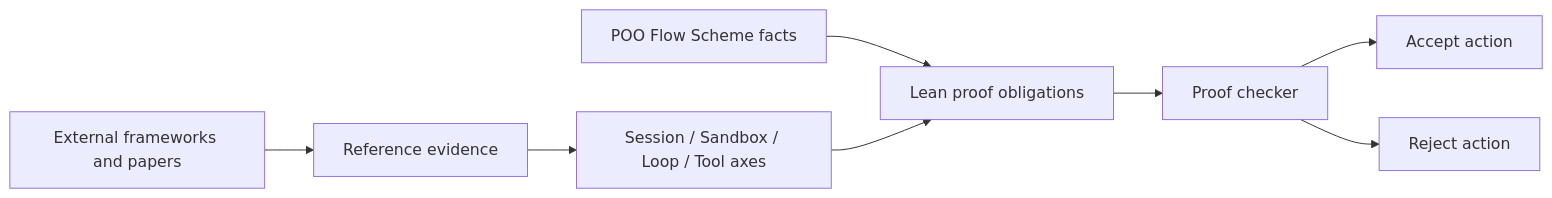
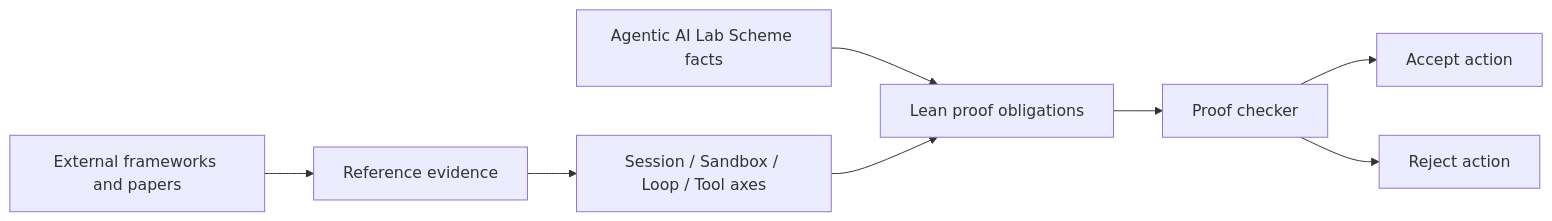
One commit to tao3k/gebril-yuanxu changed the first of 4 diagrams in module-system/design/55-pooc4-proof-architecture.org. Above: the diagram before and after it, drawn with Mermaid. The commit also changed other lines of this file and 507 other files, not shown here.

```diff
--- a/module-system/design/55-pooc4-proof-architecture.org
+++ b/module-system/design/55-pooc4-proof-architecture.org
@@ -206,10 +206,10 @@
 #+begin_src mermaid
 flowchart LR
   External["External frameworks and papers"] --> RefFacts["Reference evidence"]
   RefFacts --> Axes["Session / Sandbox / Loop / Tool axes"]
-  Scheme["POO Flow Scheme facts"] --> Obligations["Lean proof obligations"]
+  Scheme["Agentic AI Lab Scheme facts"] --> Obligations["Lean proof obligations"]
   Axes --> Obligations
   Obligations --> Checker["Proof checker"]
   Checker --> Accept["Accept action"]
   Checker --> Reject["Reject action"]
 #+end_src
```
